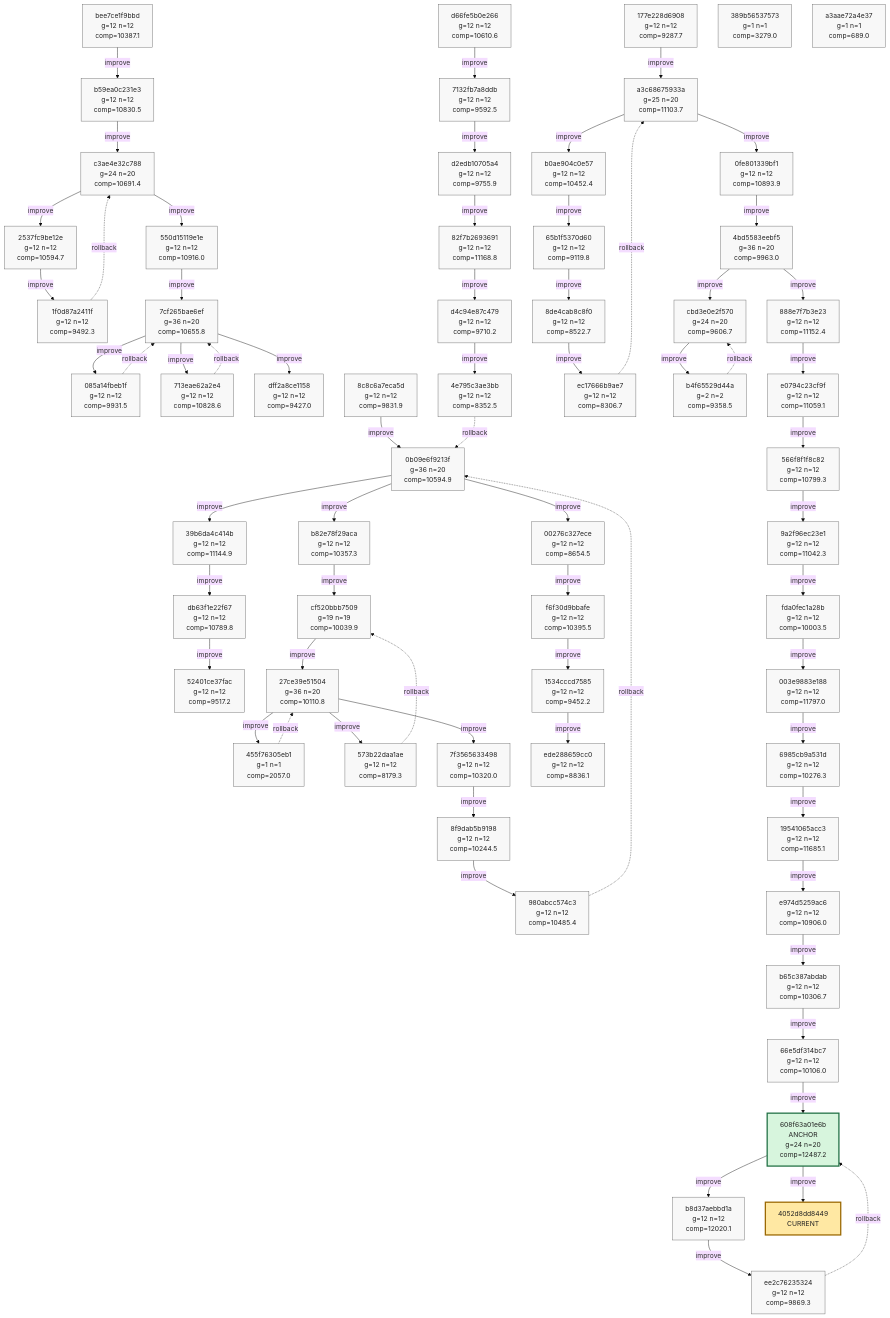
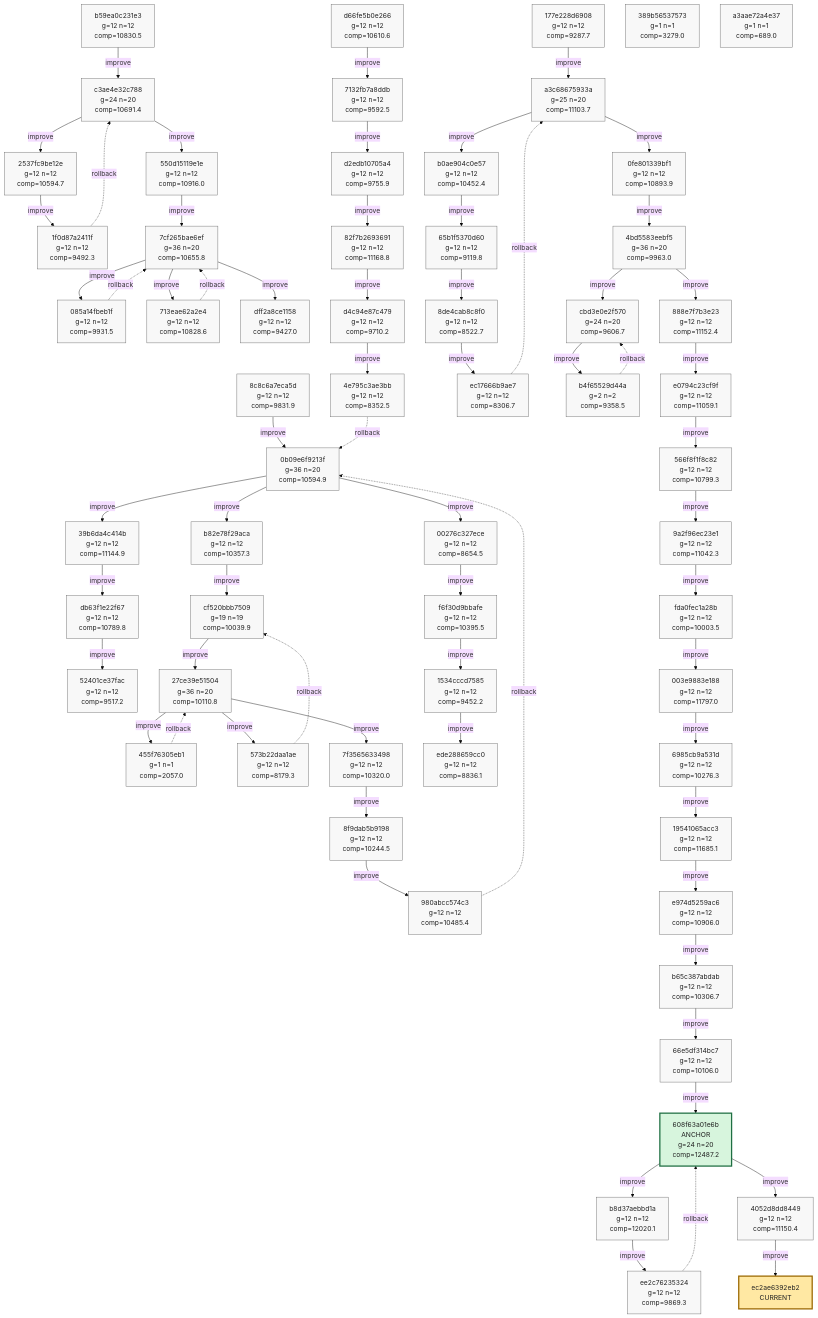
Before and after one commit to azumag/soviet_now: the first of 10 diagrams in phyrogenetic-tree.md, drawn with Mermaid (base theme). The commit also changed other lines of this file and 2 other files, not shown here.

Commit message:
eloop Improve after 12 games (scores: 8577 14112 15217 14456 7593 15366 10683 16823 10863 8798 16276 8541)

````diff
--- a/phyrogenetic-tree.md
+++ b/phyrogenetic-tree.md
@@ -16,6 +16,5 @@
 ```mermaid
 flowchart TD
-    h_bee7ce1f9bbd["bee7ce1f9bbd<br/>g=12 n=12<br/>comp=10387.1"]
     h_b59ea0c231e3["b59ea0c231e3<br/>g=12 n=12<br/>comp=10830.5"]
     h_c3ae4e32c788["c3ae4e32c788<br/>g=24 n=20<br/>comp=10691.4"]
     h_2537fc9be12e["2537fc9be12e<br/>g=12 n=12<br/>comp=10594.7"]
@@ -72,11 +71,11 @@
     h_608f63a01e6b["608f63a01e6b<br/>ANCHOR<br/>g=24 n=20<br/>comp=12487.2"]
     h_b8d37aebbd1a["b8d37aebbd1a<br/>g=12 n=12<br/>comp=12020.1"]
     h_ee2c76235324["ee2c76235324<br/>g=12 n=12<br/>comp=9869.3"]
+    h_4052d8dd8449["4052d8dd8449<br/>g=12 n=12<br/>comp=11150.4"]
     h_389b56537573["389b56537573<br/>g=1 n=1<br/>comp=3279.0"]
     h_a3aae72a4e37["a3aae72a4e37<br/>g=1 n=1<br/>comp=689.0"]
-    h_4052d8dd8449["4052d8dd8449<br/>CURRENT"]
+    h_ec2ae6392eb2["ec2ae6392eb2<br/>CURRENT"]
 
-    h_bee7ce1f9bbd -->|improve| h_b59ea0c231e3
     h_b59ea0c231e3 -->|improve| h_c3ae4e32c788
     h_c3ae4e32c788 -->|improve| h_2537fc9be12e
     h_2537fc9be12e -->|improve| h_1f0d87a2411f
@@ -140,13 +139,13 @@
     h_b8d37aebbd1a -->|improve| h_ee2c76235324
     h_ee2c76235324 -. rollback .-> h_608f63a01e6b
     h_608f63a01e6b -->|improve| h_4052d8dd8449
+    h_4052d8dd8449 -->|improve| h_ec2ae6392eb2
 
     classDef plain fill:#f8f8f8,stroke:#666,stroke-width:1px,color:#222;
     classDef current fill:#ffe8a3,stroke:#9a6700,stroke-width:3px,color:#222;
     classDef anchor fill:#d7f5dd,stroke:#1f6f43,stroke-width:3px,color:#222;
     classDef current_anchor fill:#f3e4a8,stroke:#1f6f43,stroke-width:4px,color:#222;
 
-    class h_bee7ce1f9bbd plain;
     class h_b59ea0c231e3 plain;
     class h_c3ae4e32c788 plain;
     class h_2537fc9be12e plain;
@@ -203,7 +202,8 @@
     class h_608f63a01e6b anchor;
     class h_b8d37aebbd1a plain;
     class h_ee2c76235324 plain;
+    class h_4052d8dd8449 plain;
     class h_389b56537573 plain;
     class h_a3aae72a4e37 plain;
-    class h_4052d8dd8449 current;
+    class h_ec2ae6392eb2 current;
 ```
````
